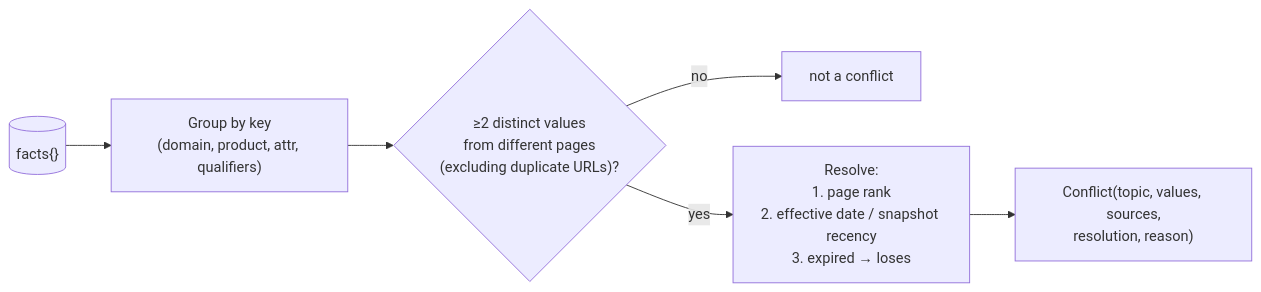
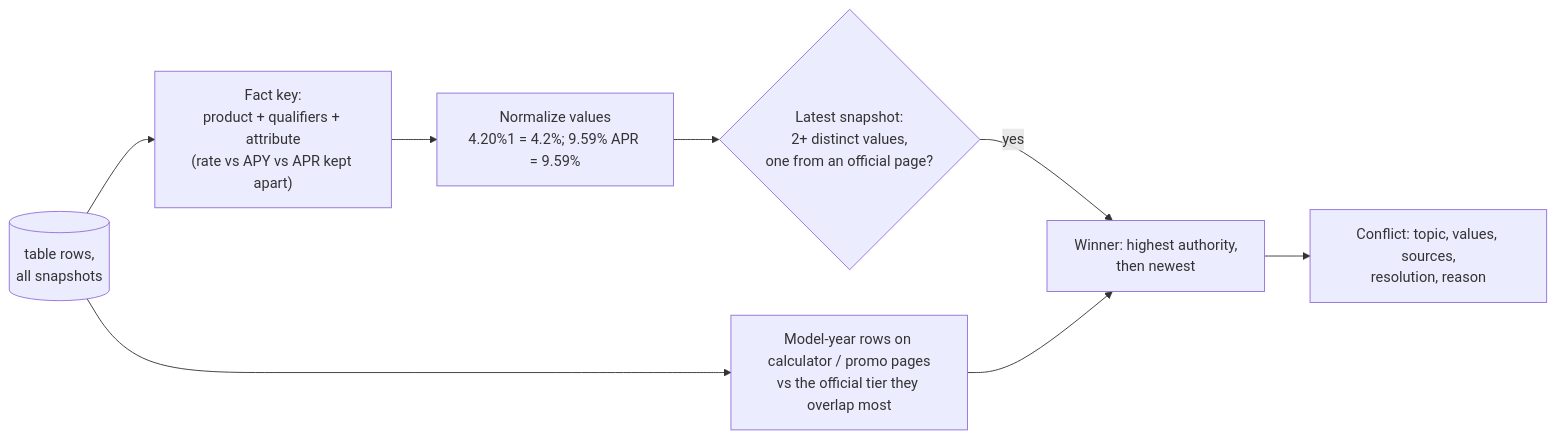
Before and after one commit to prabirit/knowledge-system-credit: the third of 3 diagrams in docs/ARCHITECTURE.md, drawn with Mermaid. The commit also changed other lines of this file and 2 other files, not shown here.

Commit message:
Rewrite architecture doc to match the built system; add requirements.txt

````diff
--- a/docs/ARCHITECTURE.md
+++ b/docs/ARCHITECTURE.md
@@ -287,8 +200,10 @@
 ```mermaid
 flowchart LR
-    F[("facts{}")] --> G["Group by key<br/>(domain, product, attr, qualifiers)"]
-    G --> C{"≥2 distinct values<br/>from different pages<br/>(excluding duplicate URLs)?"}
-    C -->|no| SKIP["not a conflict"]
-    C -->|yes| R["Resolve:<br/>1. page rank<br/>2. effective date / snapshot recency<br/>3. expired → loses"]
-    R --> OUT["Conflict(topic, values, sources,<br/>resolution, reason)"]
+    R[("table rows,<br/>all snapshots")] --> K["Fact key:<br/>product + qualifiers + attribute<br/>(rate vs APY vs APR kept apart)"]
+    K --> N["Normalize values<br/>4.20%1 = 4.2%; 9.59% APR = 9.59%"]
+    N --> C{"Latest snapshot:<br/>2+ distinct values,<br/>one from an official page?"}
+    C -->|yes| W["Winner: highest authority,<br/>then newest"]
+    R --> Y["Model-year rows on calculator / promo pages<br/>vs the official tier they overlap most"]
+    Y --> W
+    W --> O["Conflict: topic, values, sources,<br/>resolution, reason"]
 ```
````
